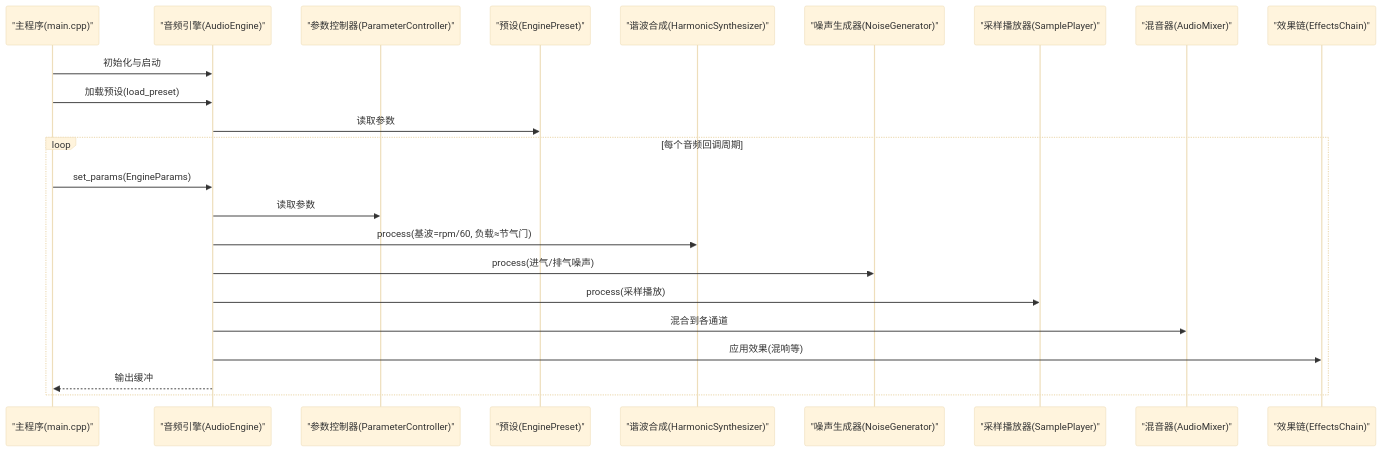
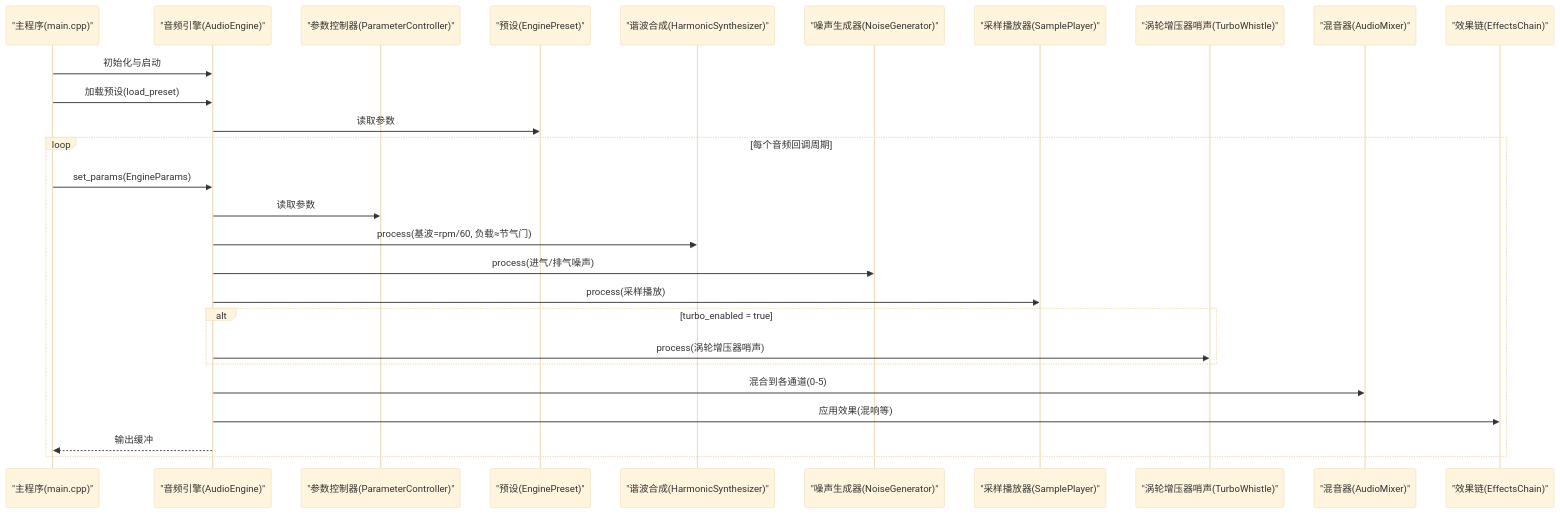
The second of 8 diagrams in .qoder/repowiki/zh/content/声音合成系统/声音合成系统.md (bangbangde/racing-sound-engine), drawn with Mermaid (base theme) before and after one commit. The commit also changed other lines of this file and 88 other files, not shown here.

````diff
--- a/.qoder/repowiki/zh/content/声音合成系统/声音合成系统.md
+++ b/.qoder/repowiki/zh/content/声音合成系统/声音合成系统.md
@@ -140,25 +158,29 @@
 ```mermaid
 sequenceDiagram
 participant App as "主程序(main.cpp)"
 participant Engine as "音频引擎(AudioEngine)"
 participant Params as "参数控制器(ParameterController)"
 participant Preset as "预设(EnginePreset)"
 participant HS as "谐波合成(HarmonicSynthesizer)"
 participant NG as "噪声生成器(NoiseGenerator)"
 participant SP as "采样播放器(SamplePlayer)"
+participant TW as "涡轮增压器哨声(TurboWhistle)"
 participant MIX as "混音器(AudioMixer)"
 participant FX as "效果链(EffectsChain)"
 App->>Engine : 初始化与启动
 App->>Engine : 加载预设(load_preset)
 Engine->>Preset : 读取参数
 loop 每个音频回调周期
 App->>Engine : set_params(EngineParams)
 Engine->>Params : 读取参数
 Engine->>HS : process(基波=rpm/60, 负载≈节气门)
 Engine->>NG : process(进气/排气噪声)
 Engine->>SP : process(采样播放)
-Engine->>MIX : 混合到各通道
+alt turbo_enabled = true
+Engine->>TW : process(涡轮增压器哨声)
+end
+Engine->>MIX : 混合到各通道(0-5)
 Engine->>FX : 应用效果(混响等)
 Engine-->>App : 输出缓冲
 end
 ```
````
